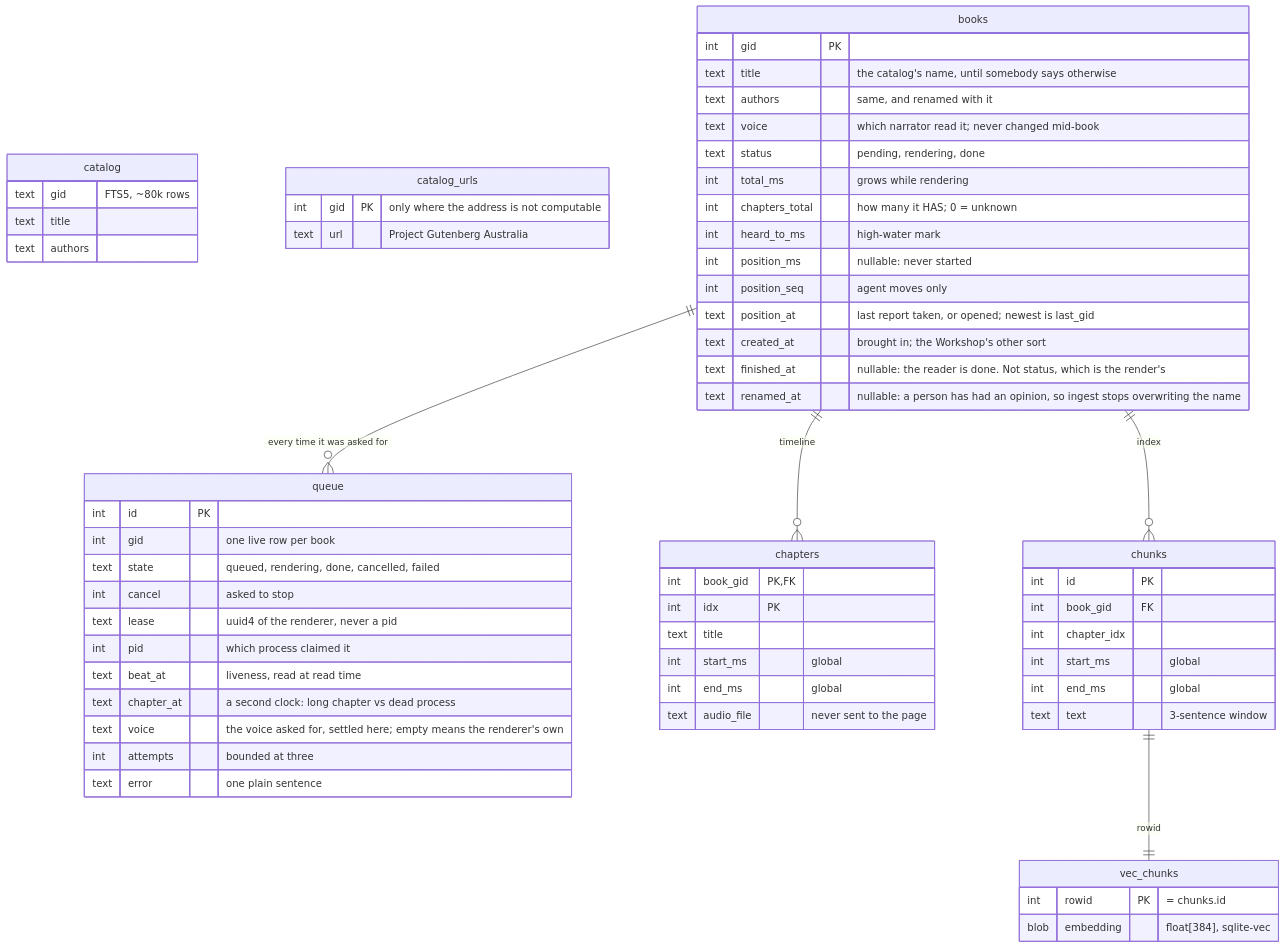
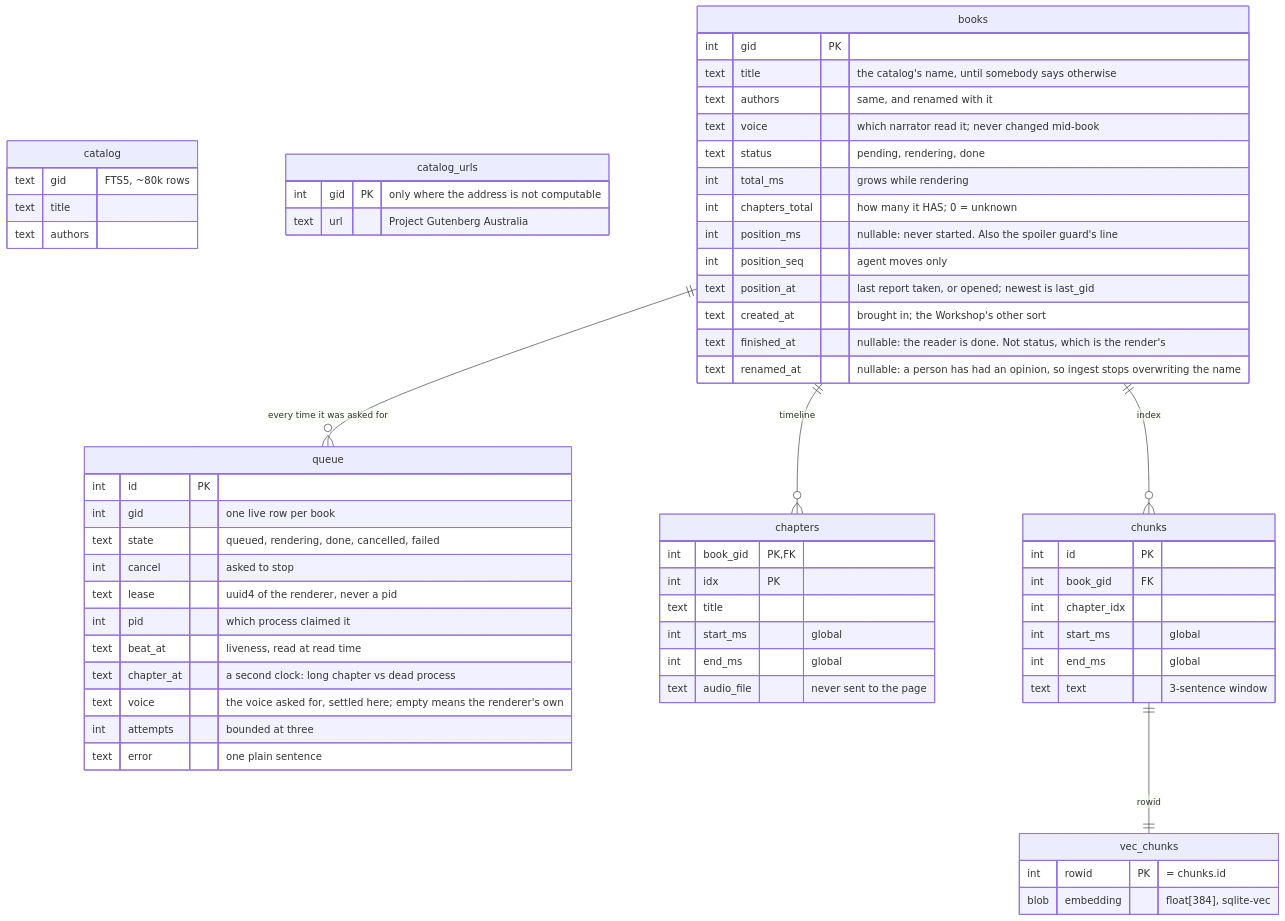
The third of 5 diagrams in docs/explanations/architecture.md (gilesknap/somnia), drawn with Mermaid before and after one commit. The commit also changed other lines of this file and 23 other files, not shown here.

First line of the commit message:
Draw the spoiler line where they are

````diff
--- a/docs/explanations/architecture.md
+++ b/docs/explanations/architecture.md
@@ -170,66 +170,65 @@
 ```mermaid
 erDiagram
   catalog {
     text gid "FTS5, ~80k rows"
     text title
     text authors
   }
   catalog_urls {
     int gid PK "only where the address is not computable"
     text url "Project Gutenberg Australia"
   }
   books {
     int gid PK
     text title "the catalog's name, until somebody says otherwise"
     text authors "same, and renamed with it"
     text voice "which narrator read it; never changed mid-book"
     text status "pending, rendering, done"
     int total_ms "grows while rendering"
     int chapters_total "how many it HAS; 0 = unknown"
-    int heard_to_ms "high-water mark"
-    int position_ms "nullable: never started"
+    int position_ms "nullable: never started. Also the spoiler guard's line"
     int position_seq "agent moves only"
     text position_at "last report taken, or opened; newest is last_gid"
     text created_at "brought in; the Workshop's other sort"
     text finished_at "nullable: the reader is done. Not status, which is the render's"
     text renamed_at "nullable: a person has had an opinion, so ingest stops overwriting the name"
   }
   queue {
     int id PK
     int gid "one live row per book"
     text state "queued, rendering, done, cancelled, failed"
     int cancel "asked to stop"
     text lease "uuid4 of the renderer, never a pid"
     int pid "which process claimed it"
     text beat_at "liveness, read at read time"
     text chapter_at "a second clock: long chapter vs dead process"
     text voice "the voice asked for, settled here; empty means the renderer's own"
     int attempts "bounded at three"
     text error "one plain sentence"
   }
   chapters {
     int book_gid PK, FK
     int idx PK
     text title
     int start_ms "global"
     int end_ms "global"
     text audio_file "never sent to the page"
   }
   chunks {
     int id PK
     int book_gid FK
     int chapter_idx
     int start_ms "global"
     int end_ms "global"
     text text "3-sentence window"
   }
   vec_chunks {
     int rowid PK "= chunks.id"
     blob embedding "float[384], sqlite-vec"
   }
 
   books ||--o{ chapters : "timeline"
   books ||--o{ chunks : "index"
   chunks ||--|| vec_chunks : "rowid"
   books ||--o{ queue : "every time it was asked for"
 ```
````
